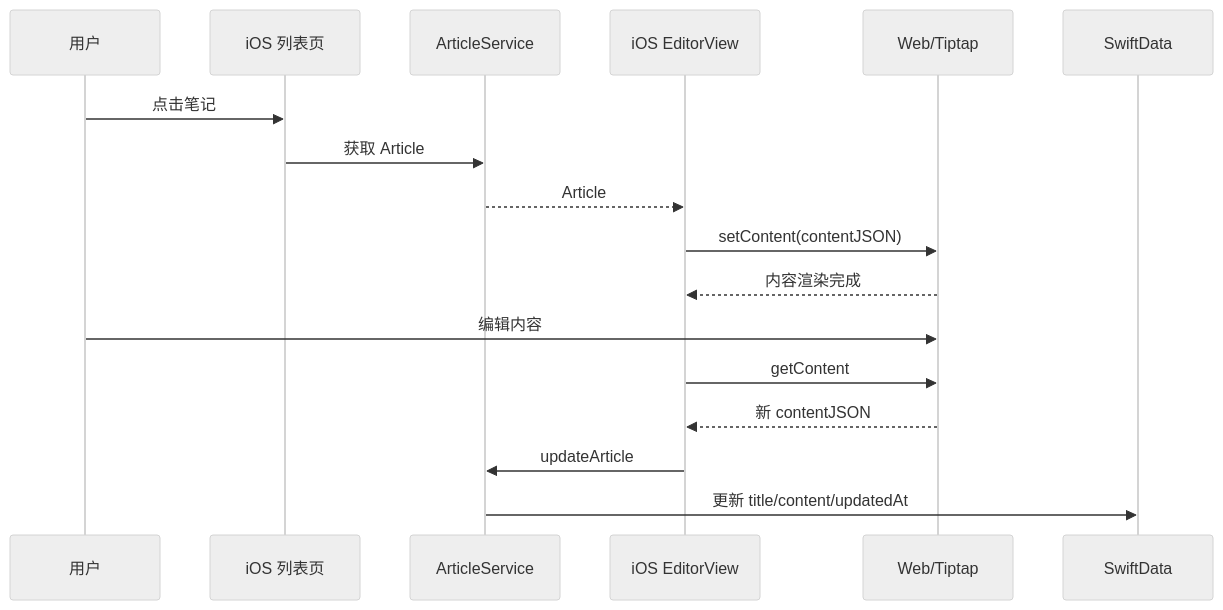
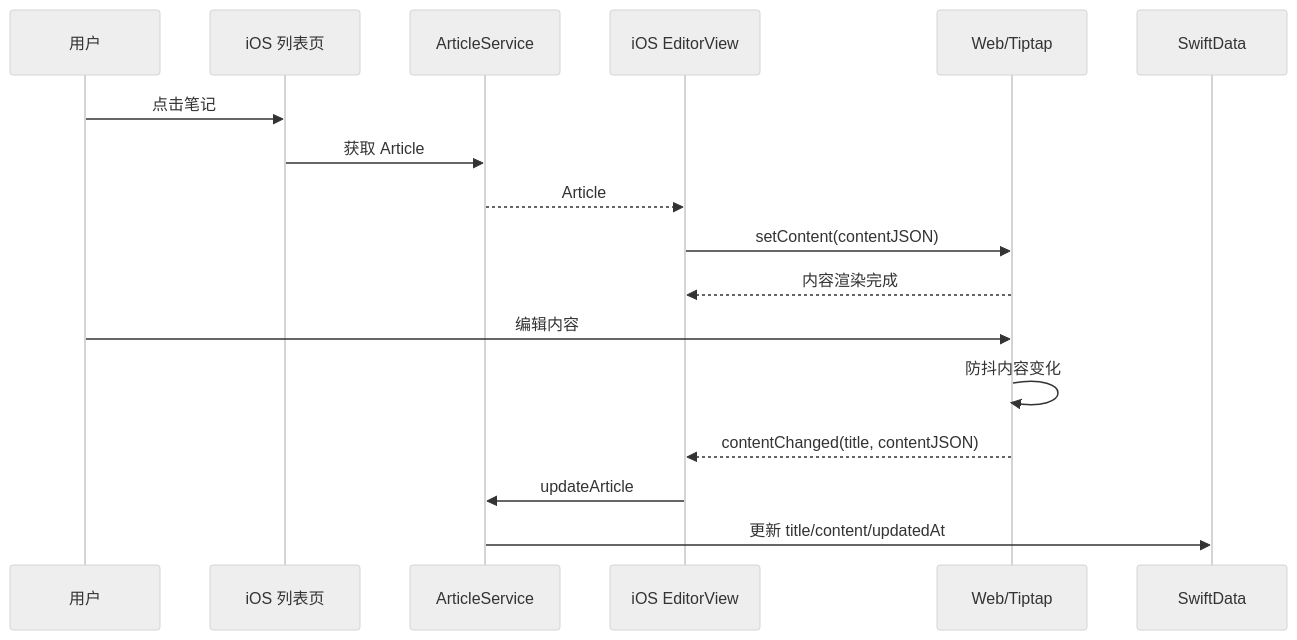
Before and after one commit to WeMadeCode/nsdoc: the third of 4 diagrams in docs/technical-architecture.md, drawn with Mermaid (neutral theme). The commit also changed other lines of this file and 15 other files, not shown here.

Commit message:
Refactor autosave to push Web content snapshots

````diff
--- a/docs/technical-architecture.md
+++ b/docs/technical-architecture.md
@@ -240,20 +238,20 @@
 ```mermaid
 sequenceDiagram
     participant User as 用户
     participant List as iOS 列表页
     participant Data as ArticleService
     participant Editor as iOS EditorView
     participant Web as Web/Tiptap
     participant Store as SwiftData
 
     User->>List: 点击笔记
     List->>Data: 获取 Article
     Data-->>Editor: Article
     Editor->>Web: setContent(contentJSON)
     Web-->>Editor: 内容渲染完成
     User->>Web: 编辑内容
-    Editor->>Web: getContent
-    Web-->>Editor: 新 contentJSON
+    Web->>Web: 防抖内容变化
+    Web-->>Editor: contentChanged(title, contentJSON)
     Editor->>Data: updateArticle
     Data->>Store: 更新 title/content/updatedAt
 ```
````
